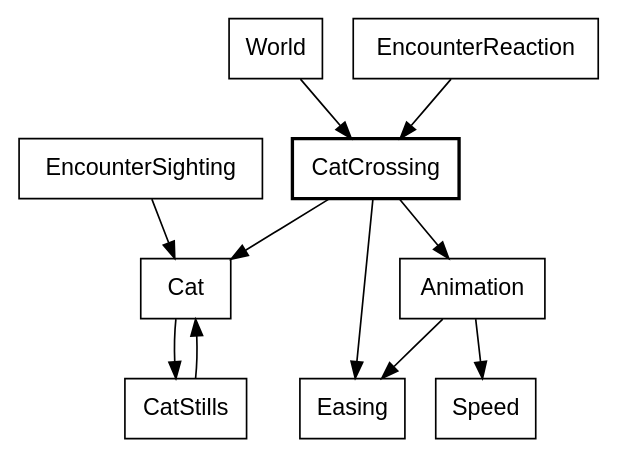
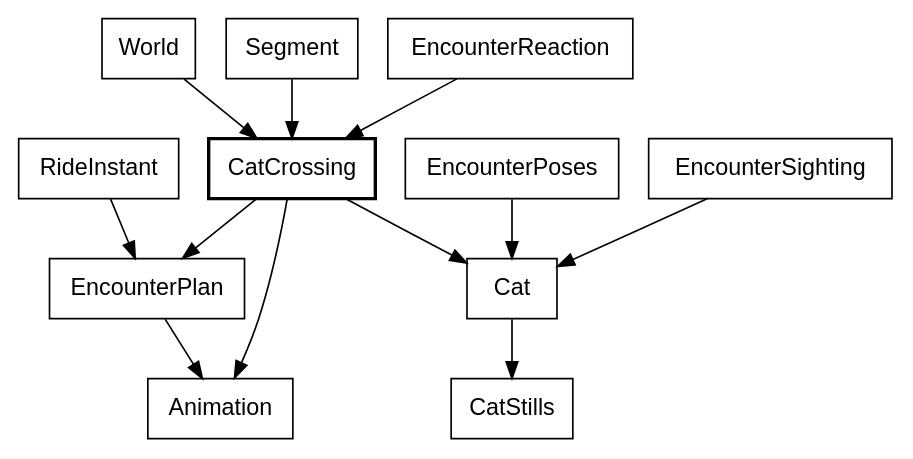
Diagram 22 of 32 in canvas_apps/safari/tutorial/tutorial.md (showell/roc-apps), drawn with Graphviz before and after one commit. The commit also changed other lines of this file, not shown here.

Commit message:
tutorial: the cat chapter rewritten for today's code; labelled edges on the truck's diagram

````diff
--- a/canvas_apps/safari/tutorial/tutorial.md
+++ b/canvas_apps/safari/tutorial/tutorial.md
@@ -2099,16 +2109,17 @@
 ```dot
 digraph cat {
   node [shape=box, fontname="Helvetica"];
   CatCrossing [style=bold];
   World -> CatCrossing;
+  Segment -> CatCrossing;
+  RideInstant -> EncounterPlan;
   EncounterReaction -> CatCrossing;
+  EncounterPoses -> Cat;
   EncounterSighting -> Cat;
   CatCrossing -> Cat;
+  CatCrossing -> Animation;
+  CatCrossing -> EncounterPlan;
+  EncounterPlan -> Animation;
   Cat -> CatStills;
-  CatStills -> Cat;
-  CatCrossing -> Animation;
-  CatCrossing -> Easing;
-  Animation -> Easing;
-  Animation -> Speed;
 }
 ```
````
